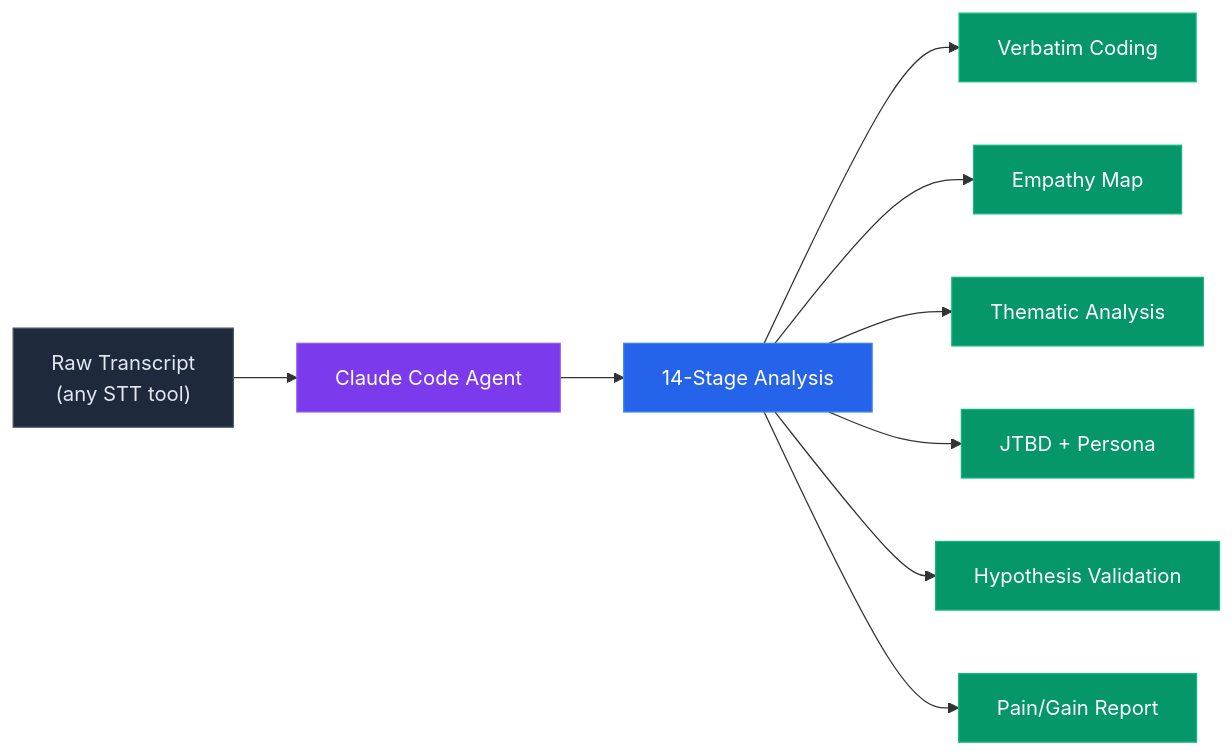
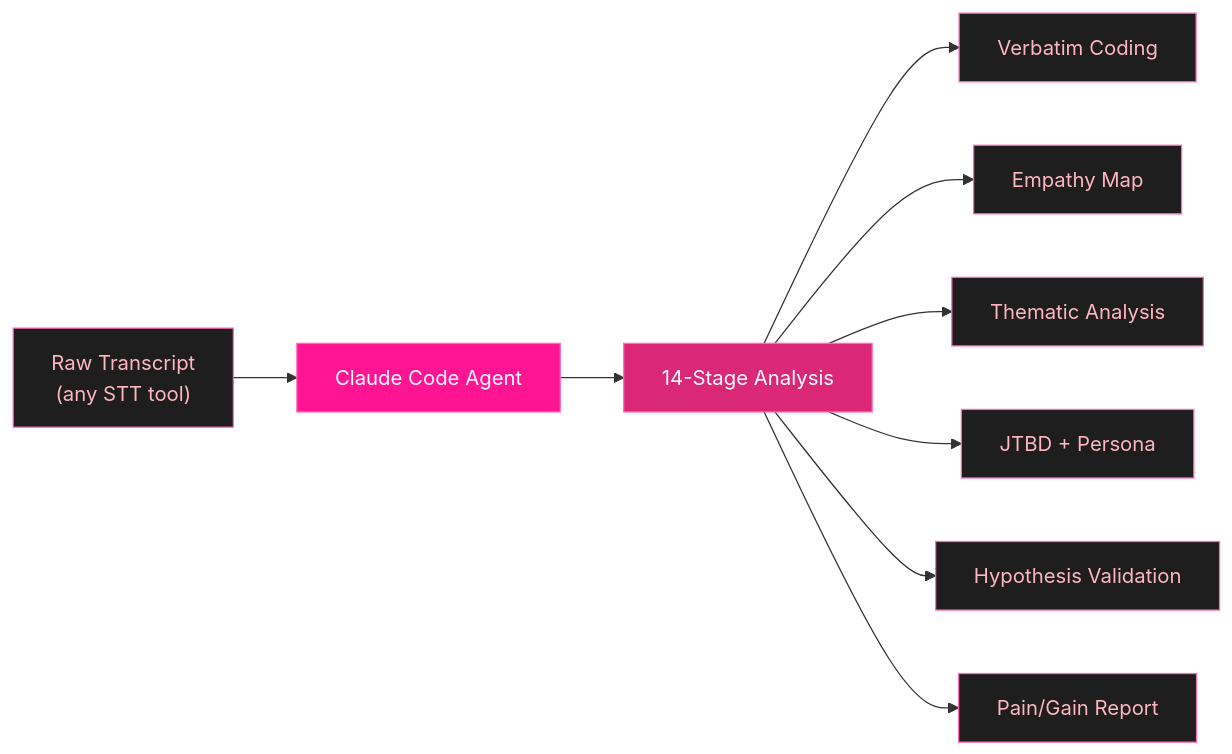
Before and after one commit to Lee-Soyeon/ux-research-agents: the first of 2 diagrams in README.md, drawn with Mermaid. The commit also changed other lines of this file, not shown here.

````diff
--- a/README.md
+++ b/README.md
@@ -65,21 +65,21 @@
 ```mermaid
 graph LR
     A["Raw Transcript\n(any STT tool)"] --> B["Claude Code Agent"]
     B --> C["14-Stage Analysis"]
     C --> D["Verbatim Coding"]
     C --> E["Empathy Map"]
     C --> F["Thematic Analysis"]
     C --> G["JTBD + Persona"]
     C --> H["Hypothesis Validation"]
     C --> I["Pain/Gain Report"]
 
-    style A fill:#1e293b,stroke:#475569,color:#e2e8f0
-    style B fill:#7c3aed,stroke:#8b5cf6,color:#fff
-    style C fill:#2563eb,stroke:#3b82f6,color:#fff
-    style D fill:#059669,stroke:#10b981,color:#fff
-    style E fill:#059669,stroke:#10b981,color:#fff
-    style F fill:#059669,stroke:#10b981,color:#fff
-    style G fill:#059669,stroke:#10b981,color:#fff
-    style H fill:#059669,stroke:#10b981,color:#fff
-    style I fill:#059669,stroke:#10b981,color:#fff
+    style A fill:#1e1e1e,stroke:#FF69B4,color:#FFB6C1
+    style B fill:#FF1493,stroke:#FF69B4,color:#fff
+    style C fill:#DB2777,stroke:#FF69B4,color:#fff
+    style D fill:#1e1e1e,stroke:#FF69B4,color:#FFB6C1
+    style E fill:#1e1e1e,stroke:#FF69B4,color:#FFB6C1
+    style F fill:#1e1e1e,stroke:#FF69B4,color:#FFB6C1
+    style G fill:#1e1e1e,stroke:#FF69B4,color:#FFB6C1
+    style H fill:#1e1e1e,stroke:#FF69B4,color:#FFB6C1
+    style I fill:#1e1e1e,stroke:#FF69B4,color:#FFB6C1
 ```
````
